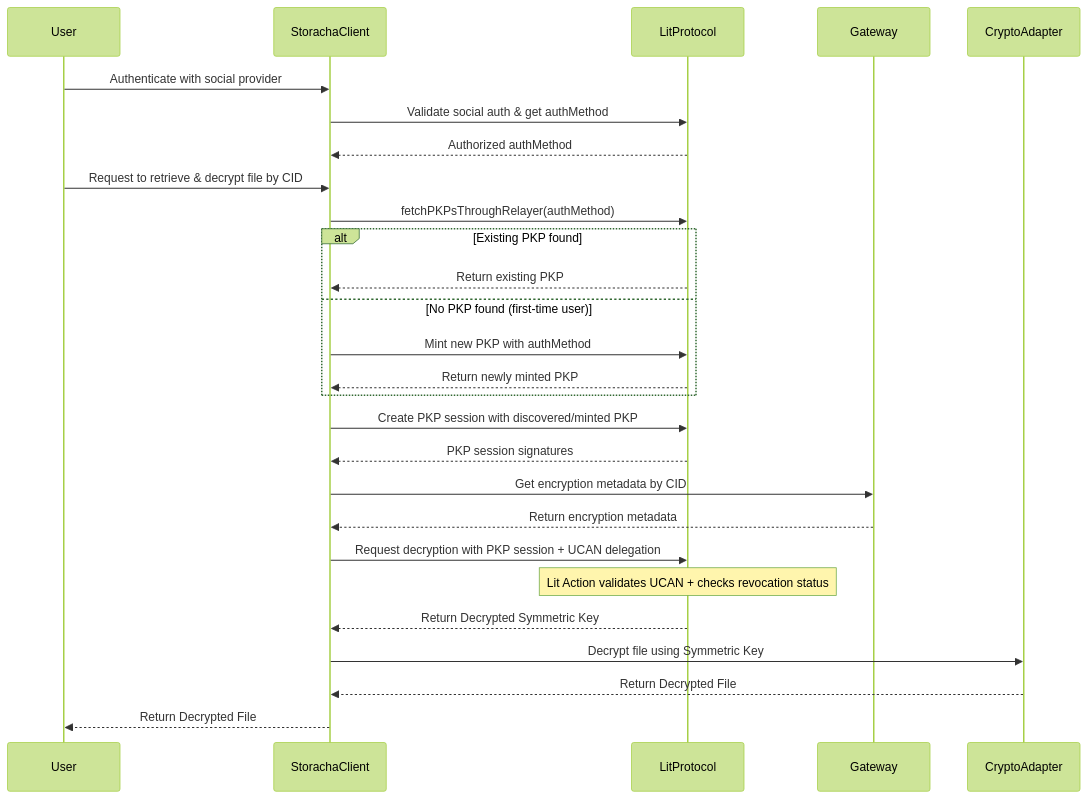
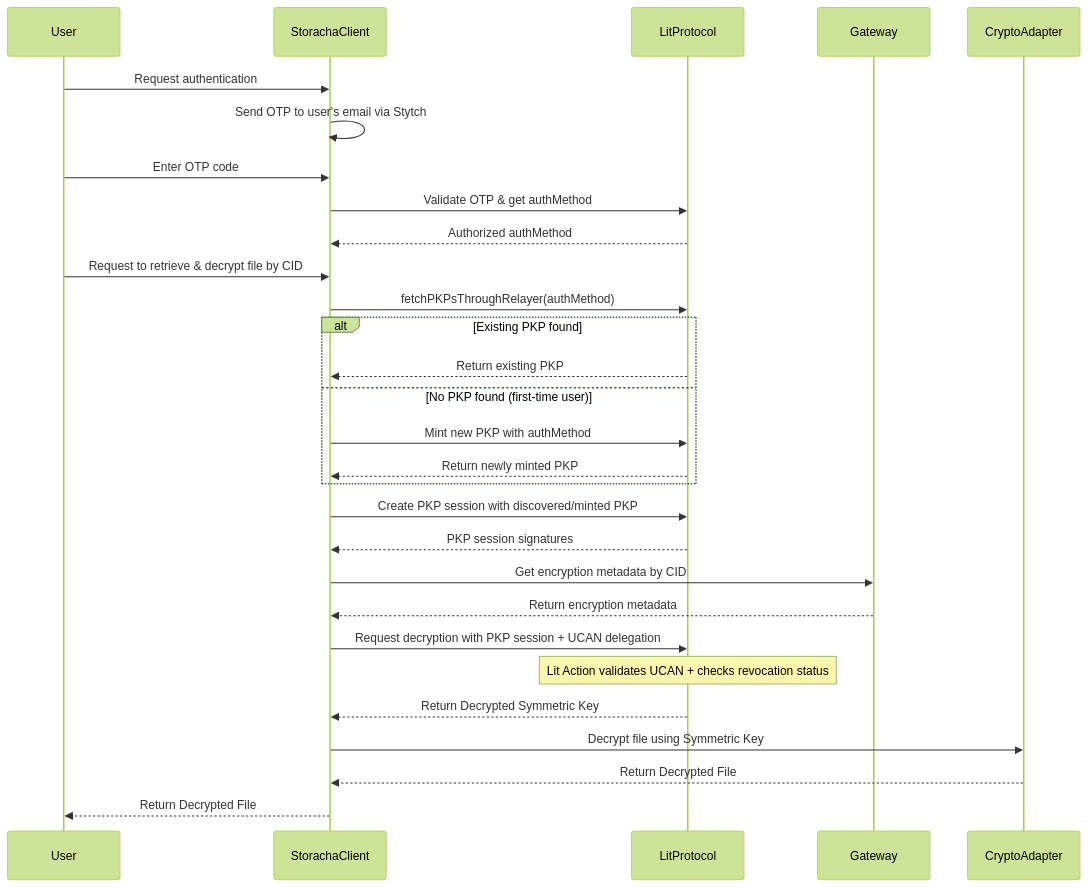
Before and after one commit to storacha/RFC: the fourth of 5 diagrams in client-side-encryption.md, drawn with Mermaid (forest theme). The commit also changed other lines of this file, not shown here.

````diff
--- a/client-side-encryption.md
+++ b/client-side-encryption.md
@@ -227,32 +227,34 @@
 ```mermaid
 sequenceDiagram
     participant User
     participant StorachaClient
     participant LitProtocol
     participant Gateway
     participant CryptoAdapter
 
-    User->>StorachaClient: Authenticate with social provider
-    StorachaClient->>LitProtocol: Validate social auth & get authMethod
+    User->>StorachaClient: Request authentication
+    StorachaClient->>StorachaClient: Send OTP to user's email via Stytch
+    User->>StorachaClient: Enter OTP code
+    StorachaClient->>LitProtocol: Validate OTP & get authMethod
     LitProtocol-->>StorachaClient: Authorized authMethod
     User->>StorachaClient: Request to retrieve & decrypt file by CID
     StorachaClient->>LitProtocol: fetchPKPsThroughRelayer(authMethod)
 
     alt Existing PKP found
         LitProtocol-->>StorachaClient: Return existing PKP
     else No PKP found (first-time user)
         StorachaClient->>LitProtocol: Mint new PKP with authMethod
         LitProtocol-->>StorachaClient: Return newly minted PKP
     end
 
     StorachaClient->>LitProtocol: Create PKP session with discovered/minted PKP
     LitProtocol-->>StorachaClient: PKP session signatures
     StorachaClient->>Gateway: Get encryption metadata by CID
     Gateway-->>StorachaClient: Return encryption metadata
     StorachaClient->>LitProtocol: Request decryption with PKP session + UCAN delegation
     Note over LitProtocol: Lit Action validates UCAN + checks revocation status
     LitProtocol-->>StorachaClient: Return Decrypted Symmetric Key
     StorachaClient->>CryptoAdapter: Decrypt file using Symmetric Key
     CryptoAdapter-->>StorachaClient: Return Decrypted File
     StorachaClient-->>User: Return Decrypted File
 ```
````
